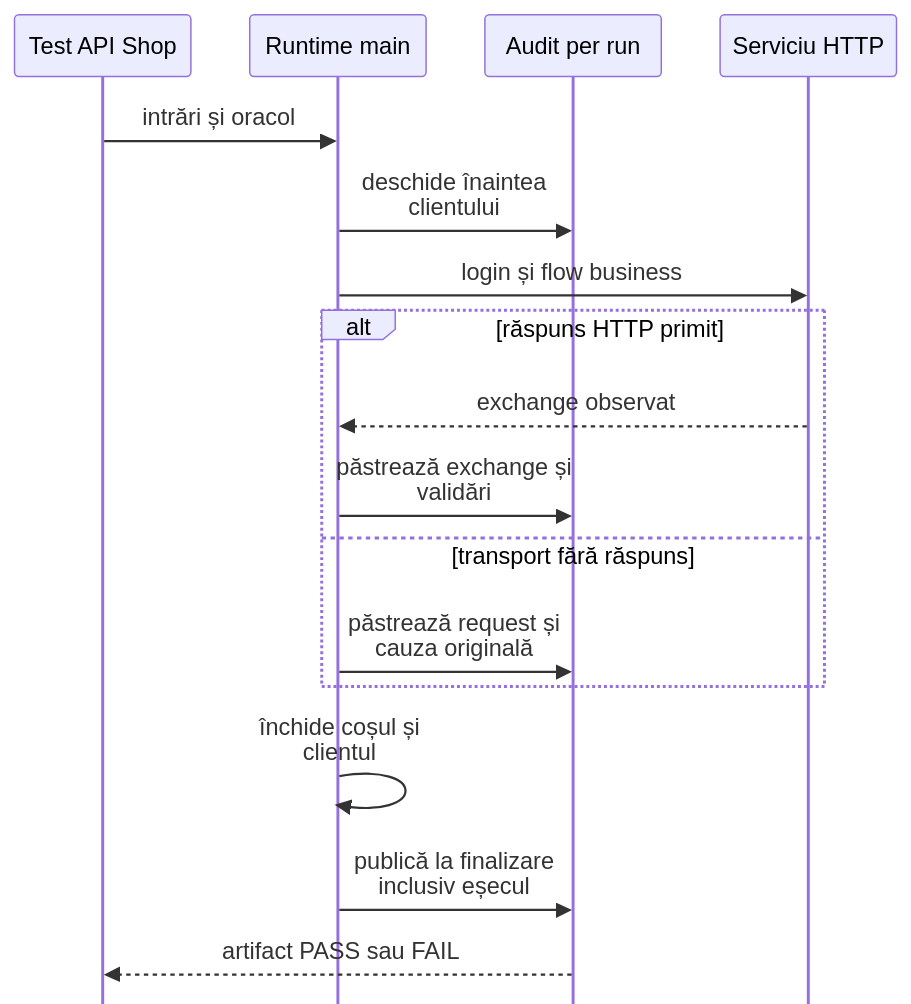
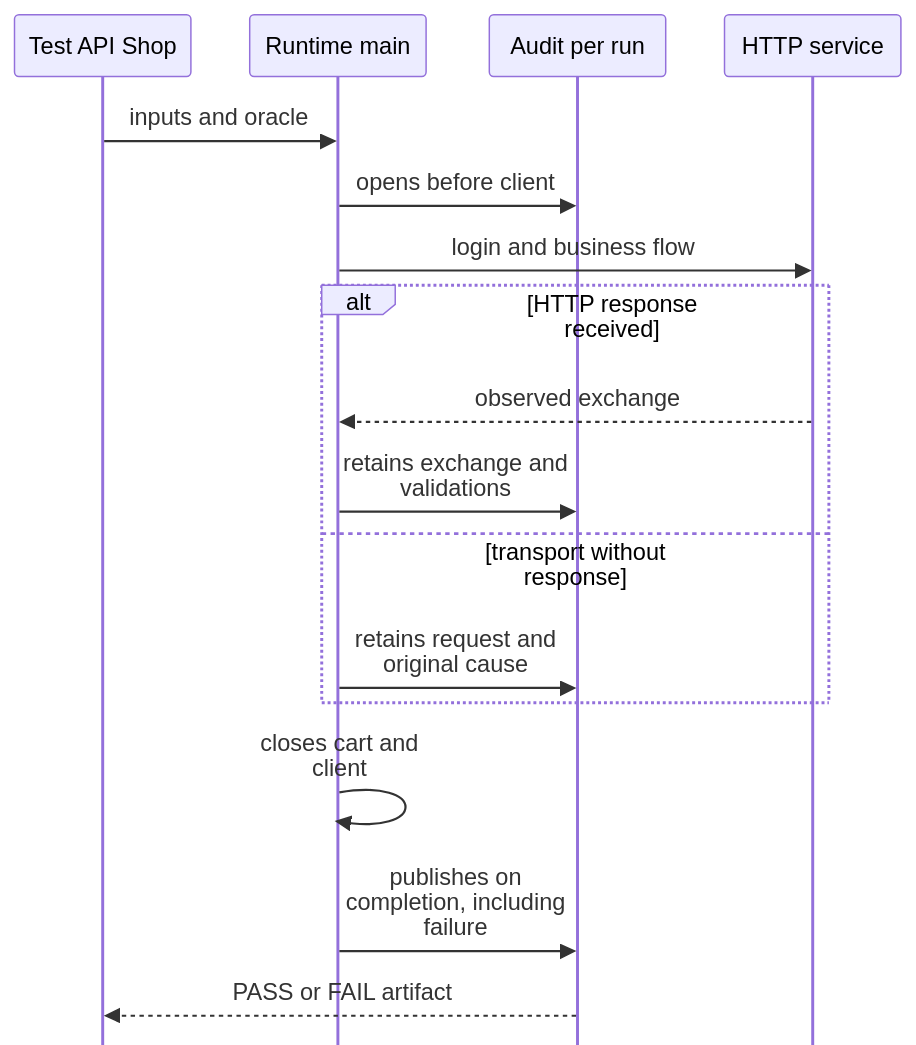
One commit to crististefanita/atf_j0 changed diagram 11 of 13 in atf-test-practice-shop/README.md. Above: the diagram before and after it, drawn with Mermaid. The commit also changed other lines of this file and 113 other files, not shown here.

````diff
--- a/atf-test-practice-shop/README.md
+++ b/atf-test-practice-shop/README.md
@@ -1134,20 +1253,20 @@
 ```mermaid
 %%{init: {"themeVariables":{"fontSize":"15px","actorFontSize":"15px","messageFontSize":"12px","noteFontSize":"12px"},"themeCSS":".actor { font-size: 15px !important; } .messageText, .labelText, .loopText, .noteText { font-size: 12px !important; }","sequence":{"actorFontSize":15,"messageFontSize":12,"noteFontSize":12,"width":120,"height":42,"actorMargin":40,"messageMargin":24,"mirrorActors":false,"wrap":true,"wrapPadding":6}}}%%
 sequenceDiagram
     participant Test as Test API Shop
     participant Run as Runtime main
     participant Audit as Audit per run
-    participant API as Serviciu HTTP
-    Test->>Run: intrări și oracol
-    Run->>Audit: deschide înaintea clientului
-    Run->>API: login și flow business
-    alt răspuns HTTP primit
-        API-->>Run: exchange observat
-        Run->>Audit: păstrează exchange și validări
-    else transport fără răspuns
-        Run->>Audit: păstrează request și cauza originală
+    participant API as HTTP service
+    Test->>Run: inputs and oracle
+    Run->>Audit: opens before client
+    Run->>API: login and business flow
+    alt HTTP response received
+        API-->>Run: observed exchange
+        Run->>Audit: retains exchange and validations
+    else transport without response
+        Run->>Audit: retains request and original cause
     end
-    Run->>Run: închide coșul și clientul
-    Run->>Audit: publică la finalizare inclusiv eșecul
-    Audit-->>Test: artifact PASS sau FAIL
+    Run->>Run: closes cart and client
+    Run->>Audit: publishes on completion, including failure
+    Audit-->>Test: PASS or FAIL artifact
 ```
````
